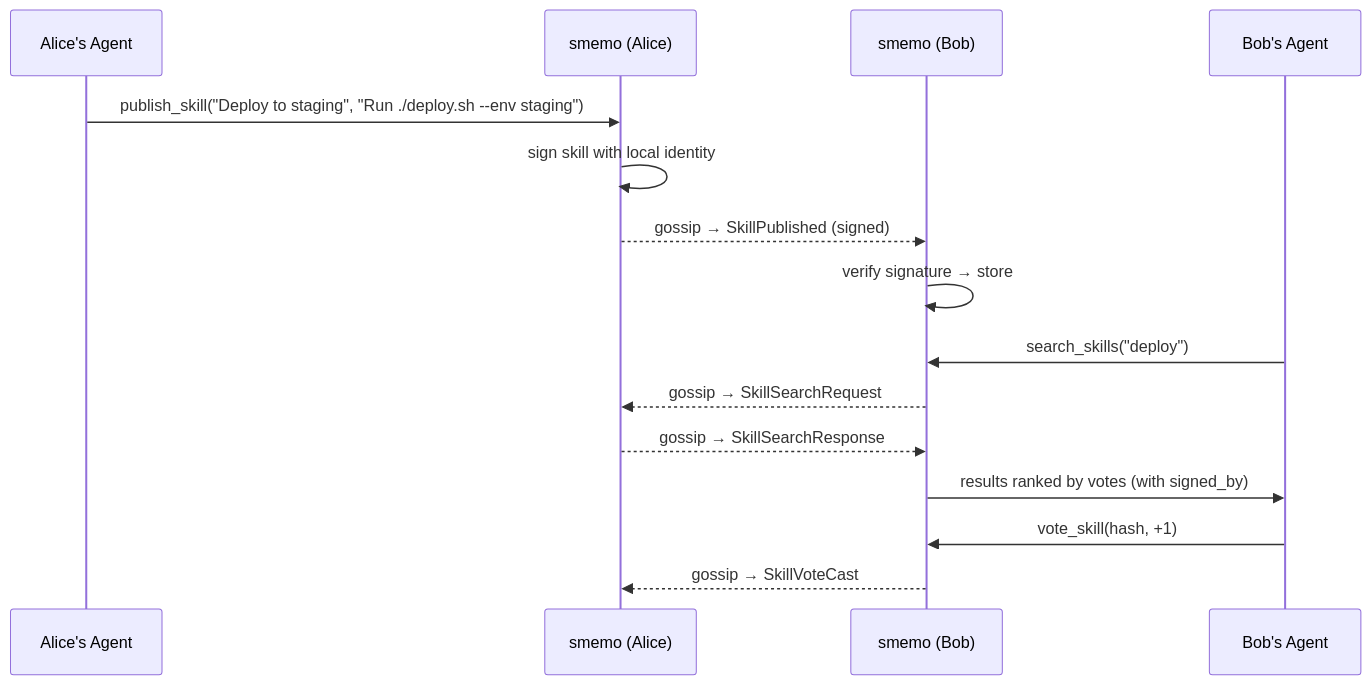
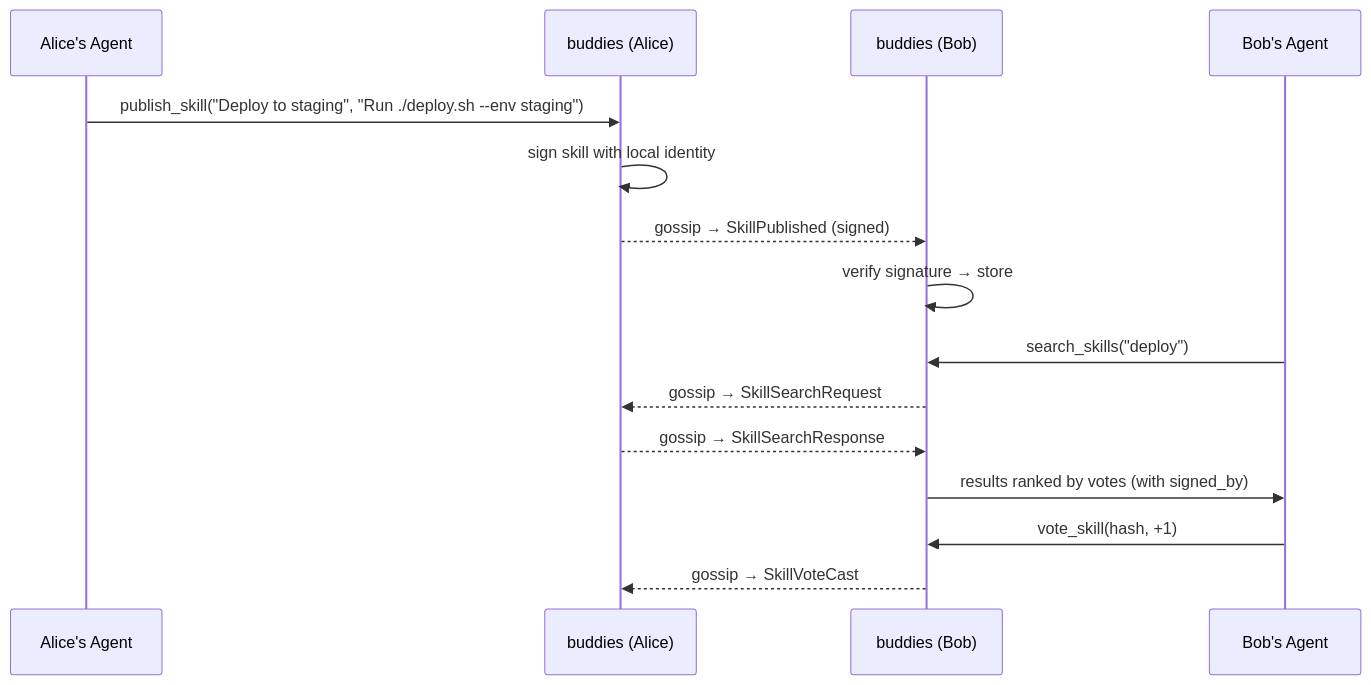
One commit to iltumio/buddies changed the second of 5 diagrams in README.md. Above: the diagram before and after it, drawn with Mermaid. The commit also changed other lines of this file and 11 other files, not shown here.

First line of the commit message:
chore: rename project from smemo to buddies

````diff
--- a/README.md
+++ b/README.md
@@ -181,20 +181,20 @@
 ```mermaid
 sequenceDiagram
     participant A as Alice's Agent
-    participant SA as smemo (Alice)
-    participant SB as smemo (Bob)
+    participant SA as buddies (Alice)
+    participant SB as buddies (Bob)
     participant B as Bob's Agent
 
     A->>SA: publish_skill("Deploy to staging", "Run ./deploy.sh --env staging")
     SA->>SA: sign skill with local identity
     SA-->>SB: gossip → SkillPublished (signed)
     SB->>SB: verify signature → store
 
     B->>SB: search_skills("deploy")
     SB-->>SA: gossip → SkillSearchRequest
     SA-->>SB: gossip → SkillSearchResponse
     SB->>B: results ranked by votes (with signed_by)
 
     B->>SB: vote_skill(hash, +1)
     SB-->>SA: gossip → SkillVoteCast
 ```
````
